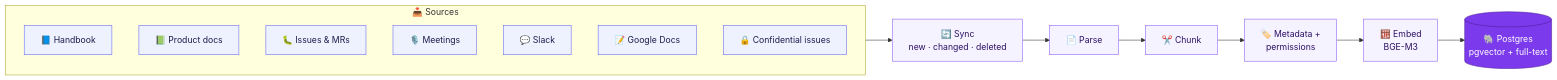
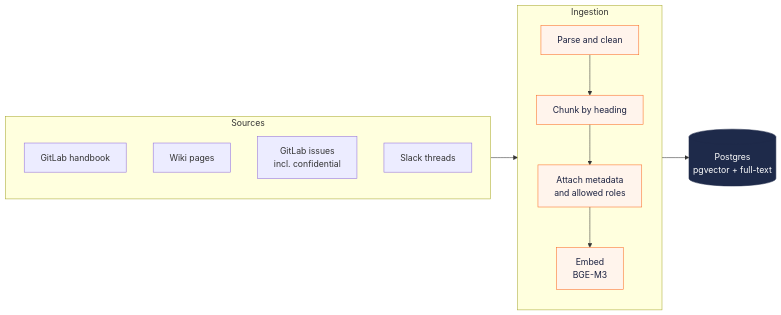
One commit to shreyamhetre/BrainBase changed the first of 3 diagrams in README.md. Above: the diagram before and after it, drawn with Mermaid. The commit also changed other lines of this file and 1 other file, not shown here.

````diff
--- a/README.md
+++ b/README.md
@@ -55,27 +54,25 @@
 ```mermaid
 flowchart LR
-    subgraph SRC["📥 Sources"]
+    subgraph Sources
         direction TB
-        H["📘 Handbook"]
-        D["📗 Product docs"]
-        I["🐛 Issues & MRs"]
-        M["🎙️ Meetings"]
-        SL["💬 Slack"]
-        N["📝 Google Docs"]
-        J["🔒 Confidential issues"]
+        H[GitLab handbook]
+        W[Wiki pages]
+        I[GitLab issues<br/>incl. confidential]
+        S[Slack threads]
     end
 
-    SRC --> SY["🔄 Sync<br/>new · changed · deleted"]
-    SY --> P["📄 Parse"]
-    P --> C["✂️ Chunk"]
-    C --> MD["🏷️ Metadata +<br/>permissions"]
-    MD --> E["🧮 Embed<br/>BGE-M3"]
-    E --> DB[("🐘 Postgres<br/>pgvector + full-text")]
+    subgraph Ingestion
+        direction TB
+        P[Parse and clean] --> C[Chunk by heading]
+        C --> M[Attach metadata<br/>and allowed roles]
+        M --> E[Embed<br/>BGE-M3]
+    end
 
-    classDef src fill:#eef2ff,stroke:#6366f1,color:#1e1b4b
-    classDef step fill:#f5f3ff,stroke:#8b5cf6,color:#2e1065
-    classDef store fill:#7c3aed,stroke:#4c1d95,color:#ffffff
-    class H,D,I,M,SL,N,J src
-    class SY,P,C,MD,E step
+    Sources --> P
+    E --> DB[(Postgres<br/>pgvector + full-text)]
+
+    classDef store fill:#1e2a4a,stroke:#1e2a4a,color:#ffffff
+    classDef step fill:#fff4ec,stroke:#fc6d26,color:#1b2140
     class DB store
+    class P,C,M,E step
 ```
````
